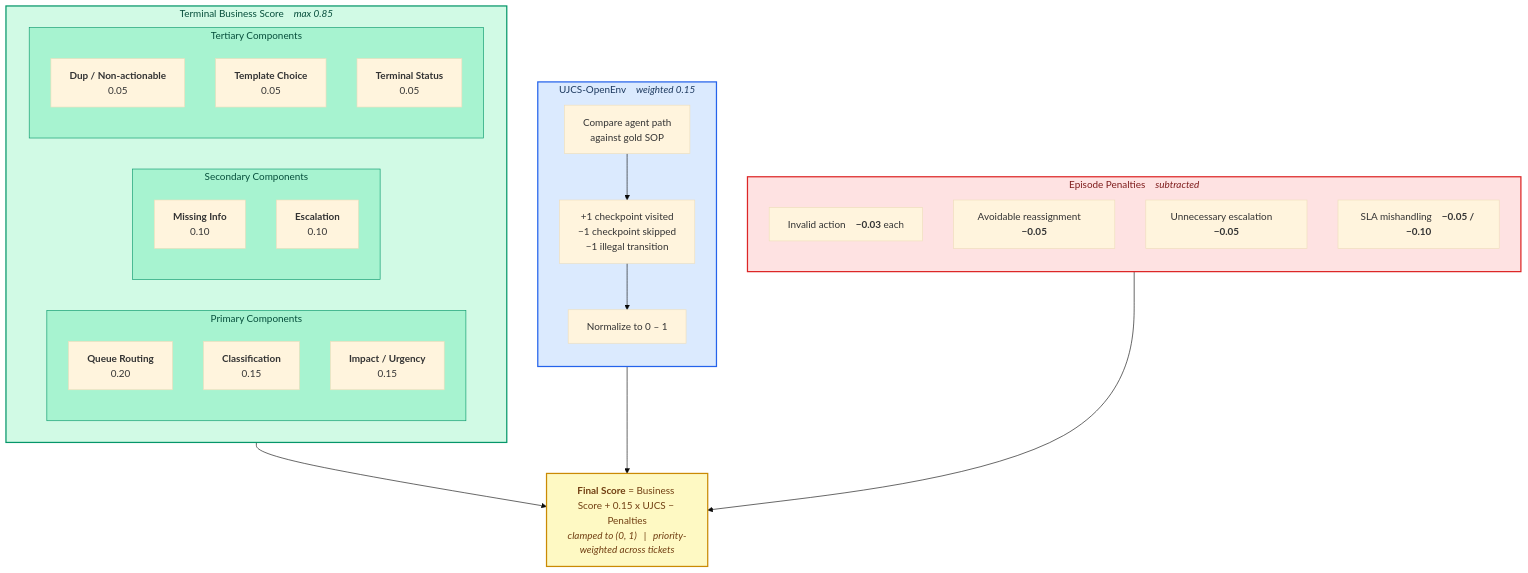
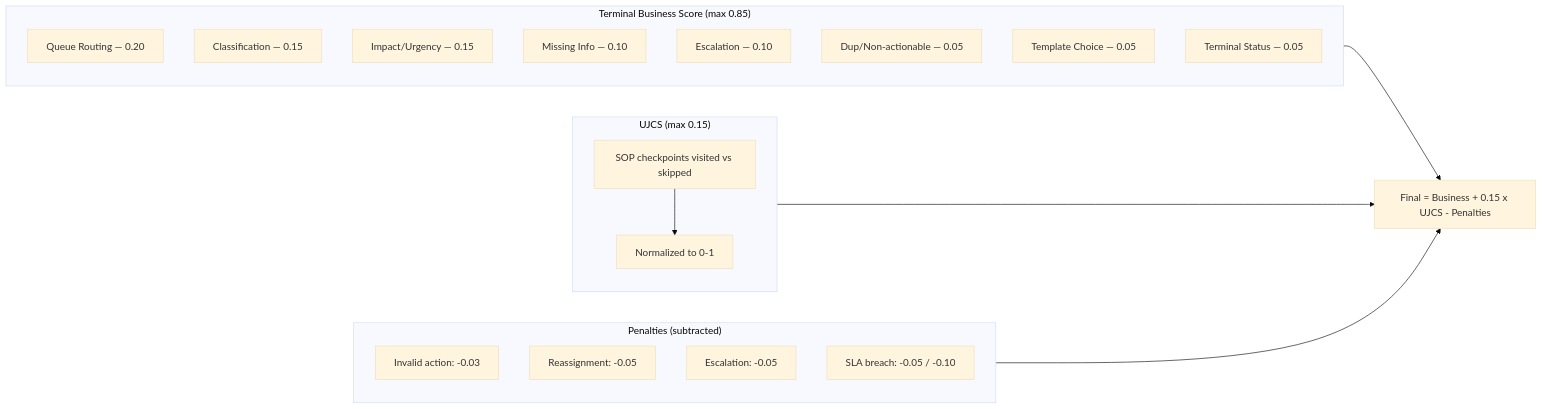
Before and after one commit to AngRoy/triagesieve_env: the third of 3 diagrams in README.md, drawn with Mermaid (base theme). The commit also changed other lines of this file, not shown here.

Commit message:
Refactor architecture diagrams in README for improved clarity and structure

````diff
--- a/README.md
+++ b/README.md
@@ -132,53 +74,33 @@
 ```mermaid
-flowchart TB
-    subgraph BIZ["Terminal Business Score &ensp; <i>max 0.85</i>"]
-        direction LR
-        subgraph PRIMARY["Primary Components"]
-            direction TB
-            C3["<b>Queue Routing</b><br/>0.20"]
-            C1["<b>Classification</b><br/>0.15"]
-            C2["<b>Impact / Urgency</b><br/>0.15"]
-        end
-        subgraph SECONDARY["Secondary Components"]
-            direction TB
-            C4["<b>Missing Info</b><br/>0.10"]
-            C5["<b>Escalation</b><br/>0.10"]
-        end
-        subgraph TERTIARY["Tertiary Components"]
-            direction TB
-            C6["<b>Dup / Non-actionable</b><br/>0.05"]
-            C7["<b>Template Choice</b><br/>0.05"]
-            C8["<b>Terminal Status</b><br/>0.05"]
-        end
+flowchart LR
+    subgraph TB["Terminal Business Score (max 0.85)"]
+        direction TB
+        C1["Queue Routing — 0.20"]
+        C2["Classification — 0.15"]
+        C3["Impact/Urgency — 0.15"]
+        C4["Missing Info — 0.10"]
+        C5["Escalation — 0.10"]
+        C6["Dup/Non-actionable — 0.05"]
+        C7["Template Choice — 0.05"]
+        C8["Terminal Status — 0.05"]
     end
 
-    subgraph UJCS_BOX["UJCS-OpenEnv &ensp; <i>weighted 0.15</i>"]
+    subgraph UJ["UJCS (max 0.15)"]
         direction TB
-        U1["Compare agent path<br/>against gold SOP"]
-        U2["+1 checkpoint visited<br/>−1 checkpoint skipped<br/>−1 illegal transition"]
-        U3["Normalize to 0 – 1"]
-        U1 --> U2 --> U3
+        U1["SOP checkpoints visited vs skipped"]
+        U2["Normalized to 0-1"]
+        U1 --> U2
     end
 
-    subgraph PEN["Episode Penalties &ensp; <i>subtracted</i>"]
+    subgraph PN["Penalties (subtracted)"]
         direction TB
-        P1["Invalid action &ensp; <b>−0.03</b> each"]
-        P2["Avoidable reassignment &ensp; <b>−0.05</b>"]
-        P3["Unnecessary escalation &ensp; <b>−0.05</b>"]
-        P4["SLA mishandling &ensp; <b>−0.05 / −0.10</b>"]
+        P1["Invalid action: -0.03"]
+        P2["Reassignment: -0.05"]
+        P3["Escalation: -0.05"]
+        P4["SLA breach: -0.05 / -0.10"]
     end
 
-    BIZ --> FORMULA
-    UJCS_BOX --> FORMULA
-    PEN --> FORMULA
-
-    FORMULA["<b>Final Score</b> = Business Score + 0.15 x UJCS − Penalties<br/><i>clamped to (0, 1) &ensp;|&ensp; priority-weighted across tickets</i>"]
-
-    style BIZ fill:#d1fae5,stroke:#059669,stroke-width:2px,color:#064e3b
-    style PRIMARY fill:#a7f3d0,stroke:#059669,color:#064e3b
-    style SECONDARY fill:#a7f3d0,stroke:#059669,color:#064e3b
-    style TERTIARY fill:#a7f3d0,stroke:#059669,color:#064e3b
-    style UJCS_BOX fill:#dbeafe,stroke:#2563eb,stroke-width:2px,color:#1e3a5f
-    style PEN fill:#fee2e2,stroke:#dc2626,stroke-width:2px,color:#7f1d1d
-    style FORMULA fill:#fef9c3,stroke:#ca8a04,stroke-width:2px,color:#713f12
+    TB --> F["Final = Business + 0.15 x UJCS - Penalties"]
+    UJ --> F
+    PN --> F
 ```
````
